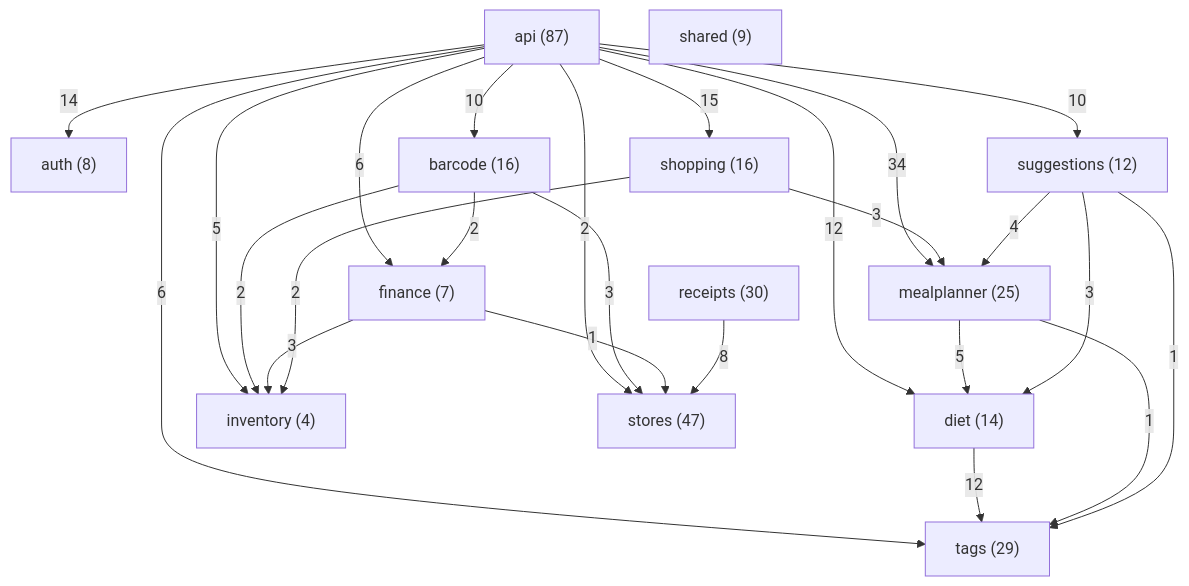
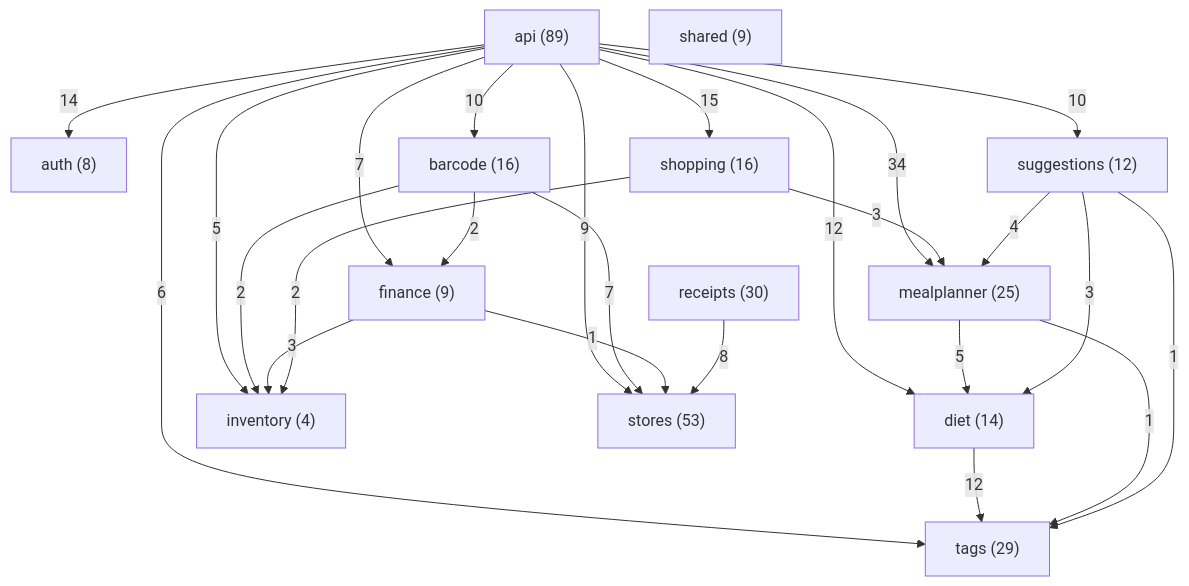
One commit to Nate-ryan-7690/dahaem changed the diagram in docs/classes/README.md. Above: the diagram before and after it, drawn with Mermaid. The commit also changed other lines of this file and 6 other files, not shown here.

````diff
--- a/docs/classes/README.md
+++ b/docs/classes/README.md
@@ -9,40 +9,40 @@
 ```mermaid
 flowchart TD
-    api["api (87)"]
+    api["api (89)"]
     auth["auth (8)"]
     barcode["barcode (16)"]
     diet["diet (14)"]
-    finance["finance (7)"]
+    finance["finance (9)"]
     inventory["inventory (4)"]
     mealplanner["mealplanner (25)"]
     receipts["receipts (30)"]
     shared["shared (9)"]
     shopping["shopping (16)"]
-    stores["stores (47)"]
+    stores["stores (53)"]
     suggestions["suggestions (12)"]
     tags["tags (29)"]
     api -->|14| auth
     api -->|10| barcode
     api -->|12| diet
-    api -->|6| finance
+    api -->|7| finance
     api -->|5| inventory
     api -->|34| mealplanner
     api -->|15| shopping
-    api -->|2| stores
+    api -->|9| stores
     api -->|10| suggestions
     api -->|6| tags
     barcode -->|2| finance
     barcode -->|2| inventory
-    barcode -->|3| stores
+    barcode -->|7| stores
     diet -->|12| tags
     finance -->|3| inventory
     finance -->|1| stores
     mealplanner -->|5| diet
     mealplanner -->|1| tags
     receipts -->|8| stores
     shopping -->|2| inventory
     shopping -->|3| mealplanner
     suggestions -->|3| diet
     suggestions -->|4| mealplanner
     suggestions -->|1| tags
 ```
````
